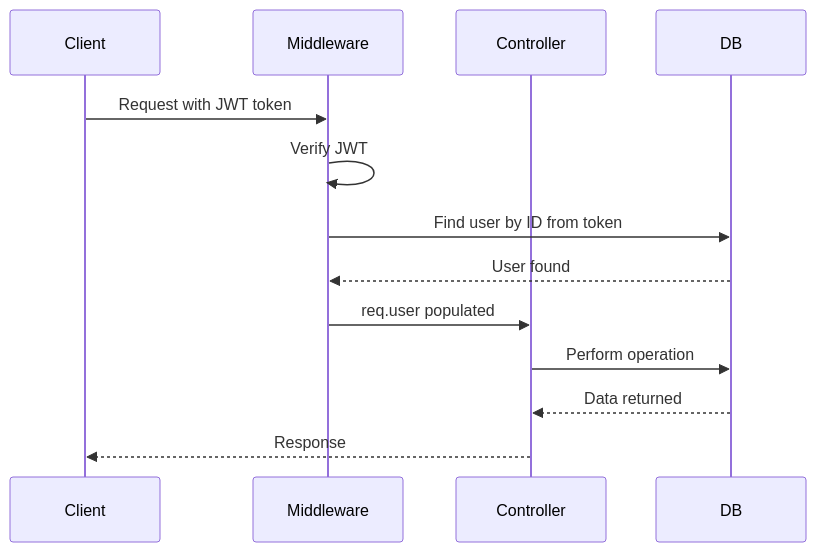
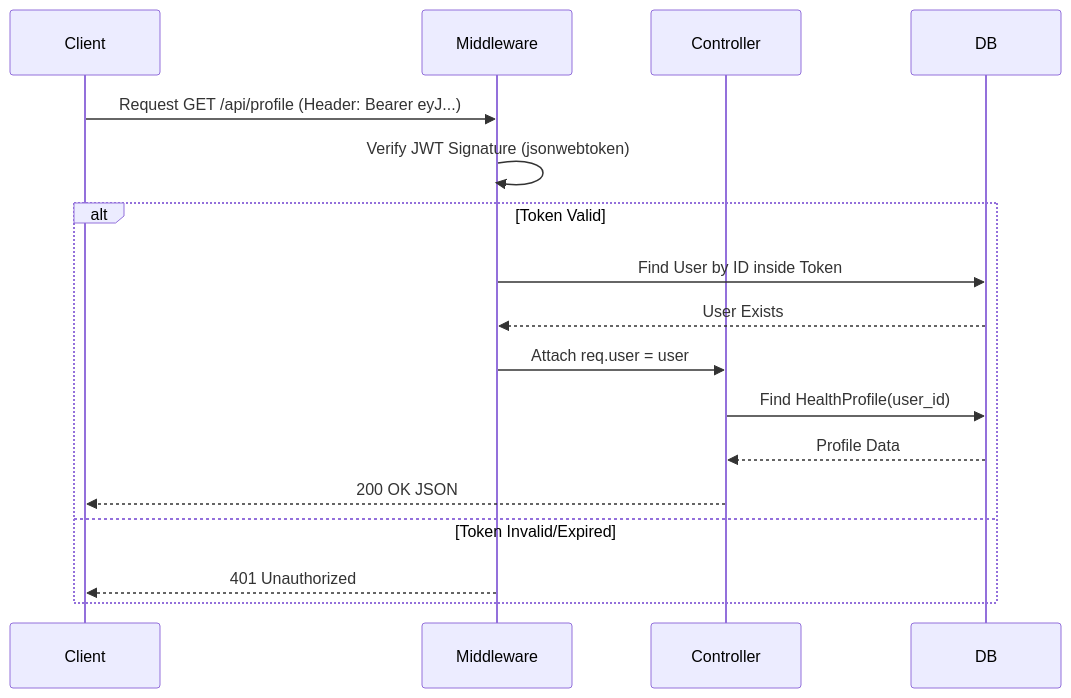
One commit to kunalverma2512/IngrediSense changed the third of 3 diagrams in NodeServer/README.md. Above: the diagram before and after it, drawn with Mermaid. The commit also changed other lines of this file and 4 other files, not shown here.

````diff
--- a/NodeServer/README.md
+++ b/NodeServer/README.md
@@ -403,16 +319,21 @@
 ```mermaid
 sequenceDiagram
     participant Client
     participant Middleware
     participant Controller
     participant DB
     
-    Client->>Middleware: Request with JWT token
-    Middleware->>Middleware: Verify JWT
-    Middleware->>DB: Find user by ID from token
-    DB-->>Middleware: User found
-    Middleware->>Controller: req.user populated
-    Controller->>DB: Perform operation
-    DB-->>Controller: Data returned
-    Controller-->>Client: Response
+    Client->>Middleware: Request GET /api/profile (Header: Bearer eyJ...)
+    Middleware->>Middleware: Verify JWT Signature (jsonwebtoken)
+    
+    alt Token Valid
+        Middleware->>DB: Find User by ID inside Token
+        DB-->>Middleware: User Exists
+        Middleware->>Controller: Attach req.user = user
+        Controller->>DB: Find HealthProfile(user_id)
+        DB-->>Controller: Profile Data
+        Controller-->>Client: 200 OK JSON
+    else Token Invalid/Expired
+        Middleware-->>Client: 401 Unauthorized
+    end
 ```
````
